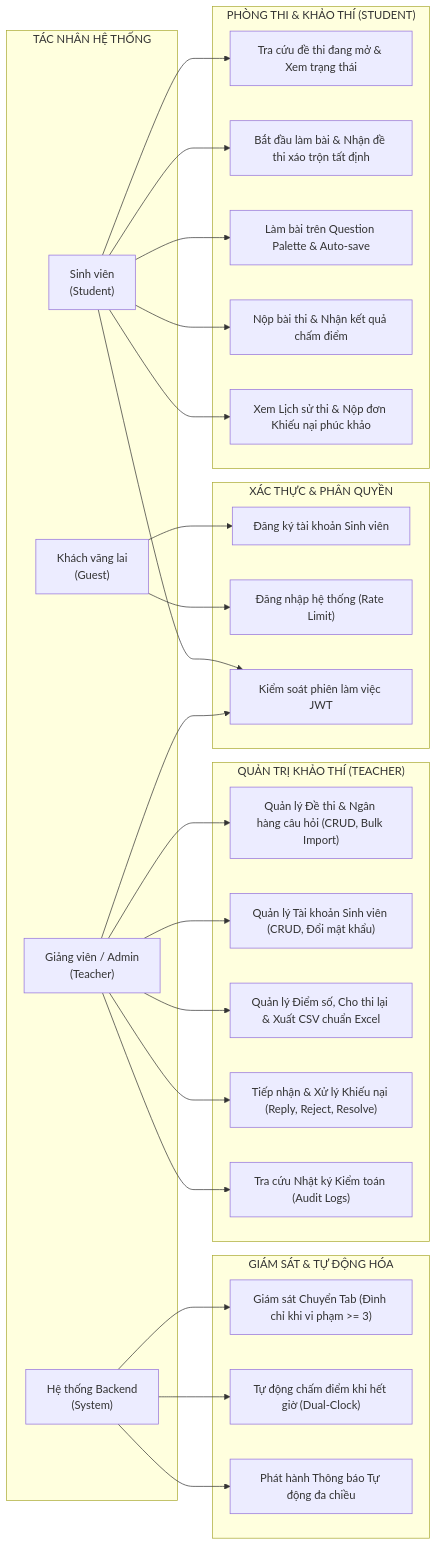
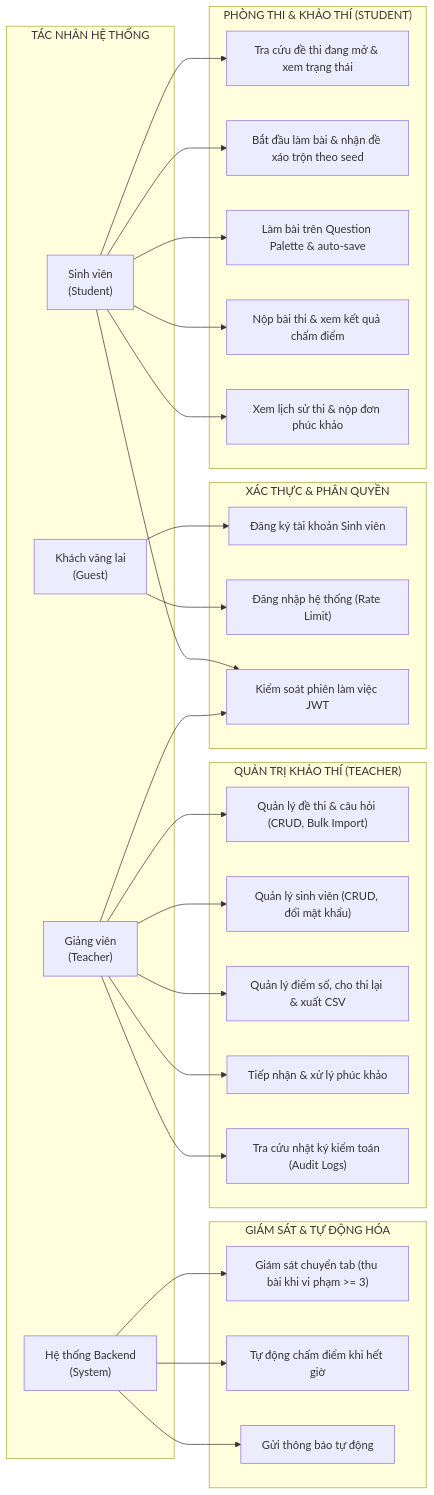
Before and after one commit to NguenDung/exam-system-mvp: the second of 8 diagrams in ARCHITECTURE_AND_REPORT.md, drawn with Mermaid. The commit also changed other lines of this file and 22 other files, not shown here.

````diff
--- a/ARCHITECTURE_AND_REPORT.md
+++ b/ARCHITECTURE_AND_REPORT.md
@@ -240,58 +240,58 @@
 ```mermaid
 flowchart LR
     subgraph Tác_nhân["TÁC NHÂN HỆ THỐNG"]
         Guest["Khách vãng lai<br/>(Guest)"]
         Student["Sinh viên<br/>(Student)"]
-        Teacher["Giảng viên / Admin<br/>(Teacher)"]
+        Teacher["Giảng viên<br/>(Teacher)"]
         System["Hệ thống Backend<br/>(System)"]
     end
 
     subgraph Nhom_Auth["XÁC THỰC & PHÂN QUYỀN"]
         UC01_1["Đăng ký tài khoản Sinh viên"]
         UC01_2["Đăng nhập hệ thống (Rate Limit)"]
         UC01_3["Kiểm soát phiên làm việc JWT"]
     end
 
     subgraph Nhom_Teacher["QUẢN TRỊ KHẢO THÍ (TEACHER)"]
-        UC02["Quản lý Đề thi & Ngân hàng câu hỏi (CRUD, Bulk Import)"]
-        UC03["Quản lý Tài khoản Sinh viên (CRUD, Đổi mật khẩu)"]
-        UC05_T["Quản lý Điểm số, Cho thi lại & Xuất CSV chuẩn Excel"]
-        UC06_T["Tiếp nhận & Xử lý Khiếu nại (Reply, Reject, Resolve)"]
-        UC08["Tra cứu Nhật ký Kiểm toán (Audit Logs)"]
+        UC02["Quản lý đề thi & câu hỏi (CRUD, Bulk Import)"]
+        UC03["Quản lý sinh viên (CRUD, đổi mật khẩu)"]
+        UC05_T["Quản lý điểm số, cho thi lại & xuất CSV"]
+        UC06_T["Tiếp nhận & xử lý phúc khảo"]
+        UC08["Tra cứu nhật ký kiểm toán (Audit Logs)"]
     end
 
     subgraph Nhom_Student["PHÒNG THI & KHẢO THÍ (STUDENT)"]
-        UC04_1["Tra cứu đề thi đang mở & Xem trạng thái"]
-        UC04_2["Bắt đầu làm bài & Nhận đề thi xáo trộn tất định"]
-        UC04_3["Làm bài trên Question Palette & Auto-save"]
-        UC04_4["Nộp bài thi & Nhận kết quả chấm điểm"]
-        UC06_S["Xem Lịch sử thi & Nộp đơn Khiếu nại phúc khảo"]
+        UC04_1["Tra cứu đề thi đang mở & xem trạng thái"]
+        UC04_2["Bắt đầu làm bài & nhận đề xáo trộn theo seed"]
+        UC04_3["Làm bài trên Question Palette & auto-save"]
+        UC04_4["Nộp bài thi & xem kết quả chấm điểm"]
+        UC06_S["Xem lịch sử thi & nộp đơn phúc khảo"]
     end
 
     subgraph Nhom_System["GIÁM SÁT & TỰ ĐỘNG HÓA"]
-        UC04_Sys["Giám sát Chuyển Tab (Đình chỉ khi vi phạm >= 3)"]
-        UC05_Sys["Tự động chấm điểm khi hết giờ (Dual-Clock)"]
-        UC07["Phát hành Thông báo Tự động đa chiều"]
+        UC04_Sys["Giám sát chuyển tab (thu bài khi vi phạm >= 3)"]
+        UC05_Sys["Tự động chấm điểm khi hết giờ"]
+        UC07["Gửi thông báo tự động"]
     end
 
     Guest --> UC01_1
     Guest --> UC01_2
 
     Student --> UC01_3
     Student --> UC04_1
     Student --> UC04_2
     Student --> UC04_3
     Student --> UC04_4
     Student --> UC06_S
 
     Teacher --> UC01_3
     Teacher --> UC02
     Teacher --> UC03
     Teacher --> UC05_T
     Teacher --> UC06_T
     Teacher --> UC08
 
     System --> UC04_Sys
     System --> UC05_Sys
     System --> UC07
 ```
````
